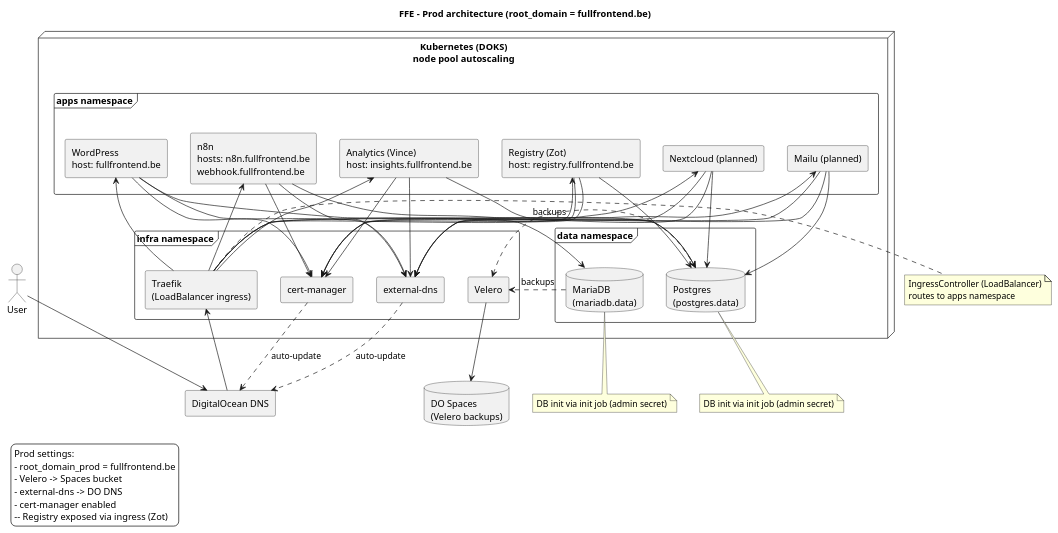
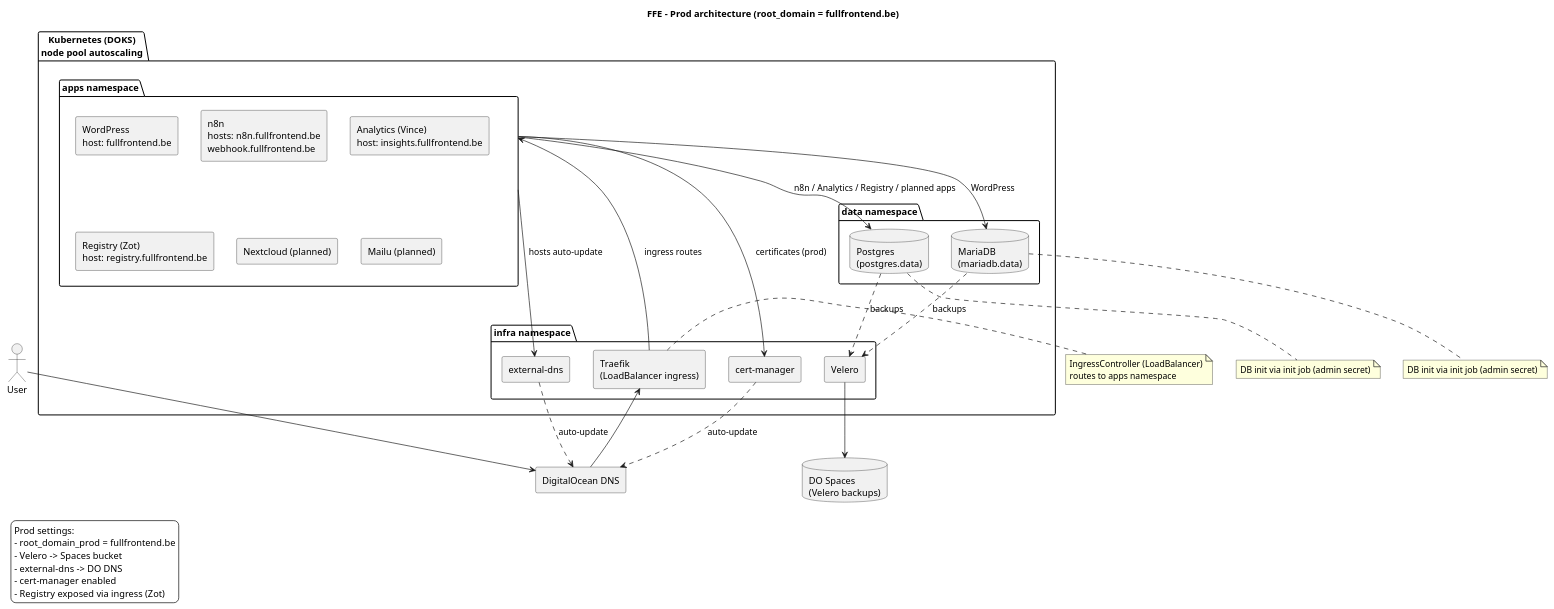
The diagram in docs/architecture-prod.puml (fullfrontend/FFE-Terraform), drawn with PlantUML before and after one commit. The commit also changed 1 other file, not shown here.

Commit message:
UML scheme update

```diff
--- a/docs/architecture-prod.puml
+++ b/docs/architecture-prod.puml
@@ -1,93 +1,72 @@
 @startuml
 title FFE – Prod architecture (root_domain = fullfrontend.be)
 
 skinparam backgroundColor #ffffff
 skinparam componentStyle rectangle
 
 actor User
 
 rectangle "DigitalOcean DNS" as DODNS
 database "DO Spaces\n(Velero backups)" as Spaces
 
-node "Kubernetes (DOKS)\nnode pool autoscaling" {
-  frame "infra namespace" {
+package "Kubernetes (DOKS)\nnode pool autoscaling" {
+  package "infra namespace" {
     component "Traefik\n(LoadBalancer ingress)" as Traefik
-    component "cert-manager"
-    component "external-dns"
-    component "Velero"
+    component "cert-manager" as Cert
+    component "external-dns" as ExtDNS
+    component "Velero" as Velero
   }
 
-  frame "data namespace" {
+  package "data namespace" {
     database "Postgres\n(postgres.data)" as Postgres
     database "MariaDB\n(mariadb.data)" as MariaDB
   }
 
-  frame "apps namespace" {
+  package "apps namespace" as Apps {
     component "WordPress\nhost: fullfrontend.be" as WP
     component "n8n\nhosts: n8n.fullfrontend.be\nwebhook.fullfrontend.be" as N8N
     component "Analytics (Vince)\nhost: insights.fullfrontend.be" as Vince
     component "Registry (Zot)\nhost: registry.fullfrontend.be" as Zot
     component "Nextcloud (planned)" as Nextcloud
     component "Mailu (planned)" as Mailu
   }
 }
 
 User --> DODNS
 DODNS --> Traefik
-Traefik --> WP
-Traefik --> N8N
-Traefik --> Vince
-Traefik --> Zot
-Traefik --> Mailu
-Traefik --> Nextcloud
+Traefik --> Apps : ingress routes
 
-WP --> MariaDB
-N8N --> Postgres
-Vince --> Postgres
-Zot --> Postgres
-Mailu --> Postgres
-Nextcloud --> Postgres
-"Postgres" ..> "Velero" : backups
-"MariaDB" ..> "Velero" : backups
+Apps --> MariaDB : WordPress
+Apps --> Postgres : n8n / Analytics / Registry / planned apps
+Postgres ..> Velero : backups
+MariaDB ..> Velero : backups
 
-WP --> "external-dns"
-N8N --> "external-dns"
-Vince --> "external-dns"
-Zot --> "external-dns"
-Mailu --> "external-dns"
-Nextcloud --> "external-dns"
-"external-dns" ..> DODNS : auto-update
-
-WP --> "cert-manager"
-N8N --> "cert-manager"
-Vince --> "cert-manager"
-Zot --> "cert-manager"
-Mailu --> "cert-manager"
-Nextcloud --> "cert-manager"
-"cert-manager" ..> DODNS : auto-update
+Apps --> ExtDNS : hosts auto-update
+Apps --> Cert : certificates (prod)
+ExtDNS ..> DODNS : auto-update
+Cert ..> DODNS : auto-update
 
 Velero --> Spaces
 
 note right of Traefik
 IngressController (LoadBalancer)
 routes to apps namespace
 end note
 
 note bottom of Postgres
 DB init via init job (admin secret)
 end note
 
 note bottom of MariaDB
 DB init via init job (admin secret)
 end note
 
 legend left
 Prod settings:
 - root_domain_prod = fullfrontend.be
 - Velero -> Spaces bucket
 - external-dns -> DO DNS
 - cert-manager enabled
--- Registry exposed via ingress (Zot)
+- Registry exposed via ingress (Zot)
 endlegend
-
 @enduml
```
